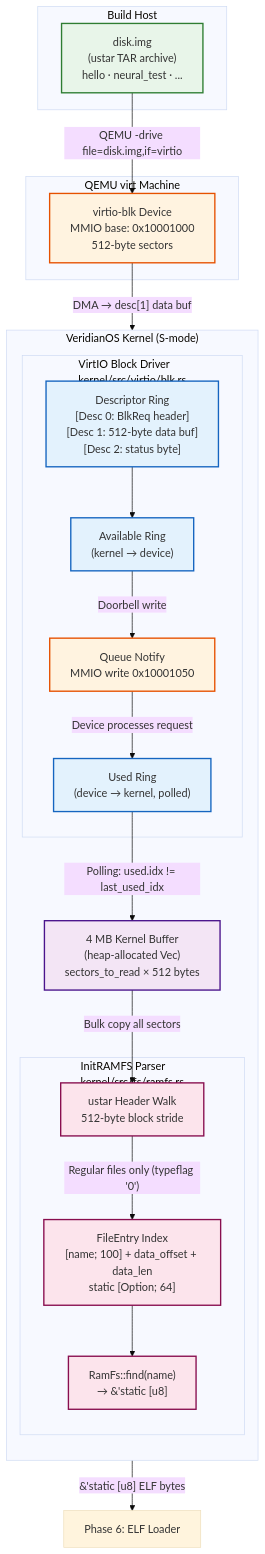
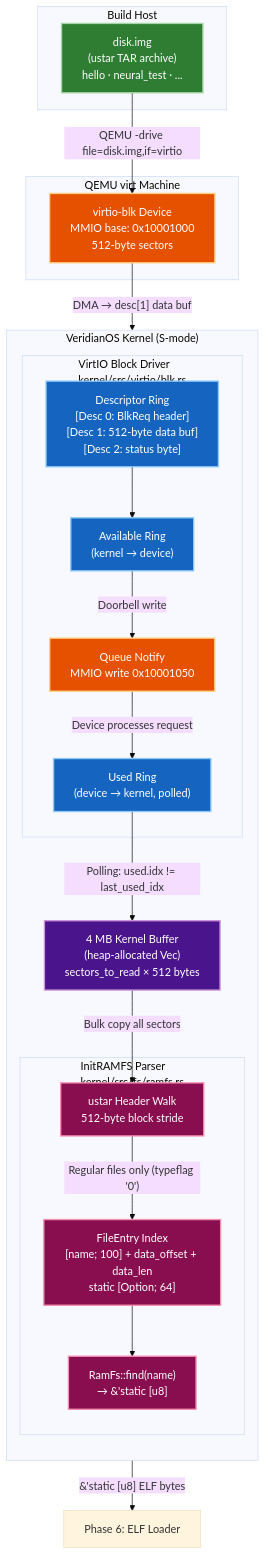
The diagram in docs/PHASE_05_DESIGN.md (hanvith6/VeridianOS), drawn with Mermaid (base theme) before and after one commit. The commit also changed 9 other files, not shown here.

Commit message:
docs: fix mermaid classDef contrast — dark fills + white text across all phase diagrams

````diff
--- a/docs/PHASE_05_DESIGN.md
+++ b/docs/PHASE_05_DESIGN.md
@@ -23,52 +23,52 @@
 ```mermaid
 graph TD
     subgraph HostBuild ["Build Host"]
         TAR["disk.img\n(ustar TAR archive)\nhello · neural_test · ..."]
     end
 
     subgraph QEMU ["QEMU virt Machine"]
         VirtIODev["virtio-blk Device\nMMIO base: 0x10001000\n512-byte sectors"]
     end
 
     subgraph KernelS ["VeridianOS Kernel (S-mode)"]
         direction TB
 
         subgraph VirtIODriver ["VirtIO Block Driver\nkernel/src/virtio/blk.rs"]
             DescRing["Descriptor Ring\n[Desc 0: BlkReq header]\n[Desc 1: 512-byte data buf]\n[Desc 2: status byte]"]
             AvailRing["Available Ring\n(kernel → device)"]
             UsedRing["Used Ring\n(device → kernel, polled)"]
             Doorbell["Queue Notify\nMMIO write 0x10001050"]
         end
 
         BlockBuf["4 MB Kernel Buffer\n(heap-allocated Vec<u8>)\nsectors_to_read × 512 bytes"]
 
         subgraph InitRAMFS ["InitRAMFS Parser\nkernel/src/fs/ramfs.rs"]
             UstarParse["ustar Header Walk\n512-byte block stride"]
             FileIndex["FileEntry Index\n[name; 100] + data_offset + data_len\nstatic [Option<FileEntry>; 64]"]
             FindFn["RamFs::find(name)\n→ &'static [u8]"]
         end
     end
 
     TAR -->|"QEMU -drive file=disk.img,if=virtio"| VirtIODev
     VirtIODev -->|"DMA → desc[1] data buf"| DescRing
     DescRing --> AvailRing
     AvailRing -->|"Doorbell write"| Doorbell
     Doorbell -->|"Device processes request"| UsedRing
     UsedRing -->|"Polling: used.idx != last_used_idx"| BlockBuf
     BlockBuf -->|"Bulk copy all sectors"| UstarParse
     UstarParse -->|"Regular files only (typeflag '0')"| FileIndex
     FileIndex --> FindFn
     FindFn -->|"&'static [u8] ELF bytes"| PhaseNext["Phase 6: ELF Loader"]
 
-    classDef build fill:#e8f5e9,stroke:#2e7d32,stroke-width:2px;
-    classDef qemu fill:#fff3e0,stroke:#e65100,stroke-width:2px;
-    classDef driver fill:#e3f2fd,stroke:#1565c0,stroke-width:2px;
-    classDef ramfs fill:#fce4ec,stroke:#880e4f,stroke-width:2px;
-    classDef buf fill:#f3e5f5,stroke:#4a148c,stroke-width:2px;
+    classDef build fill:#2e7d32,stroke:#a5d6a7,color:#ffffff,stroke-width:2px;
+    classDef qemu fill:#e65100,stroke:#ffcc80,color:#ffffff,stroke-width:2px;
+    classDef driver fill:#1565c0,stroke:#90caf9,color:#ffffff,stroke-width:2px;
+    classDef ramfs fill:#880e4f,stroke:#f48fb1,color:#ffffff,stroke-width:2px;
+    classDef buf fill:#4a148c,stroke:#ce93d8,color:#ffffff,stroke-width:2px;
 
     class TAR build;
     class VirtIODev,Doorbell qemu;
     class DescRing,AvailRing,UsedRing driver;
     class BlockBuf buf;
     class UstarParse,FileIndex,FindFn ramfs;
 ```
````
